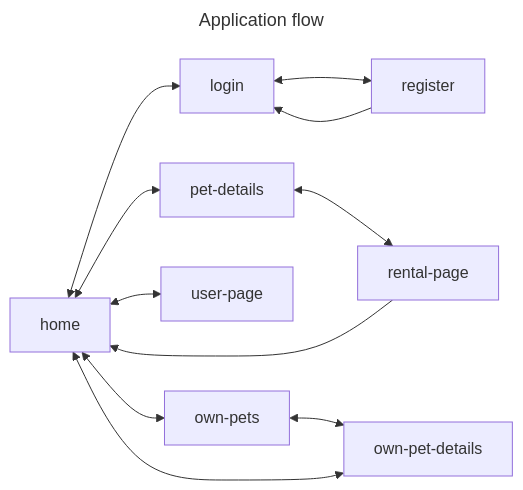
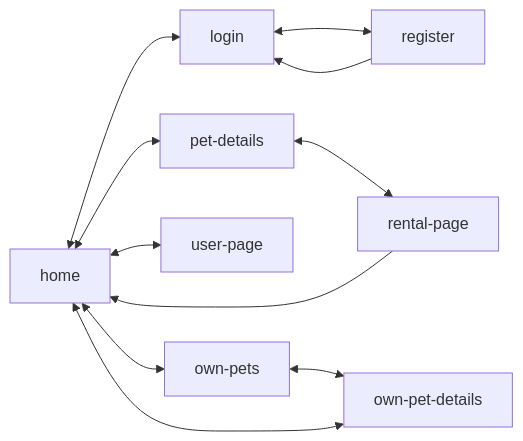
One commit to ggv3/petly changed the second of 2 diagrams in README.md. Above: the diagram before and after it, drawn with Mermaid. The commit also changed other lines of this file, not shown here.

````diff
--- a/README.md
+++ b/README.md
@@ -42,27 +45,24 @@
 ```mermaid
----
-title: Application flow
----
 flowchart LR
  home
  login
  register
  pet-details
  rental-page
  user-page
  own-pets
  own-pet-details
 
 
 home <--> login
 login <--> register
 register --> login
 home <--> pet-details
 pet-details <--> rental-page
 rental-page --> home
 home <--> user-page
 home <--> own-pets
 own-pets <--> own-pet-details
 own-pet-details <--> home
 
 ```
````
